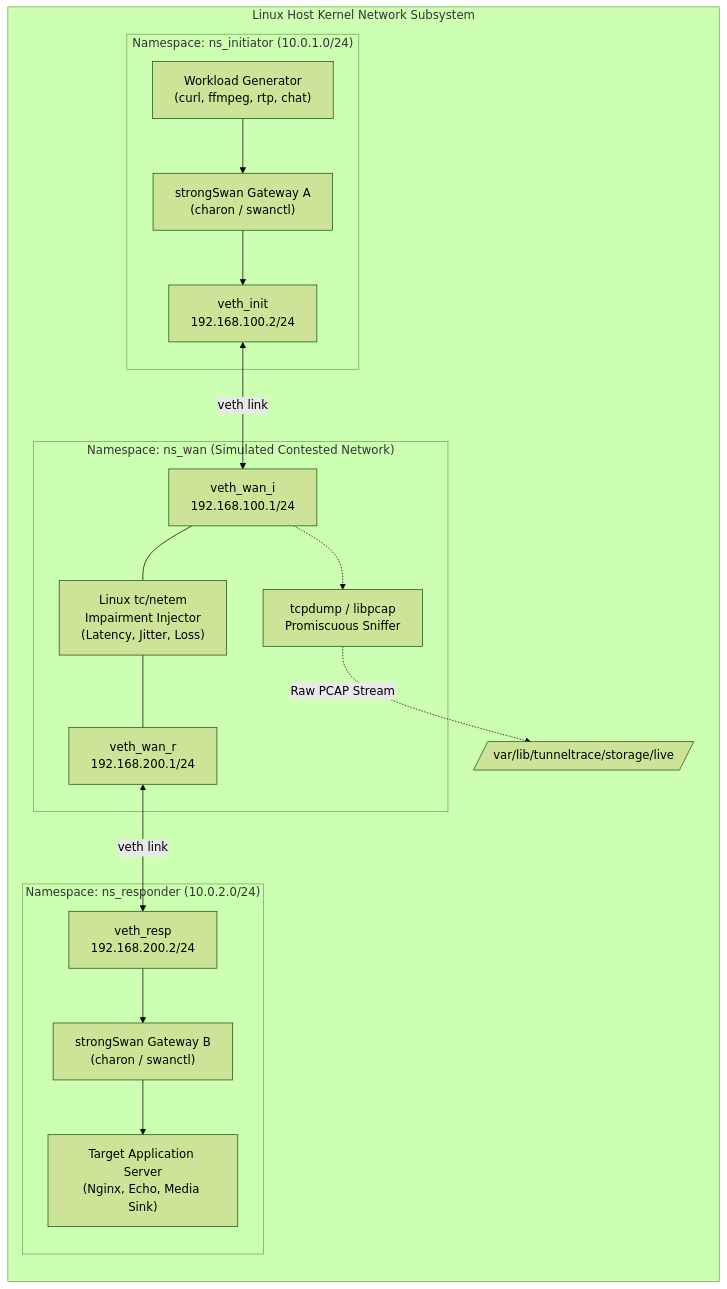
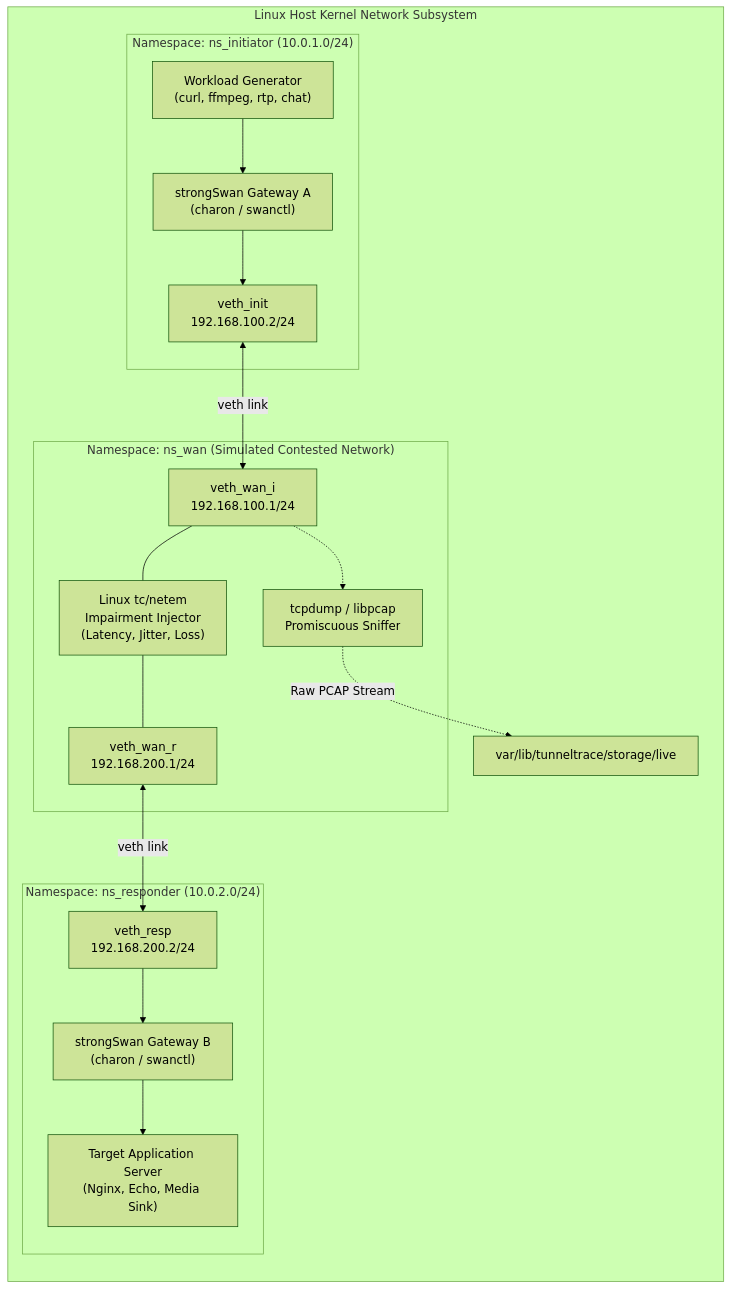
One commit to sharancode3/TunnelTrace-AI changed the fifth of 20 diagrams in docs/architecture/SYSTEM_ARCHITECTURE.md. Above: the diagram before and after it, drawn with Mermaid (forest theme). The commit also changed other lines of this file and 14 other files, not shown here.

Commit message:
fix(docs): standardize all Mermaid diagram syntax for GitHub rendering

````diff
--- a/docs/architecture/SYSTEM_ARCHITECTURE.md
+++ b/docs/architecture/SYSTEM_ARCHITECTURE.md
@@ -432,36 +442,38 @@
 ```mermaid
+
 graph LR
-    subgraph "Linux Host Kernel Network Subsystem"
-        subgraph "Namespace: ns_initiator (10.0.1.0/24)"
-            INIT_APP["Workload Generator<br>(curl, ffmpeg, rtp, chat)"]
-            INIT_SWAN["strongSwan Gateway A<br>(charon / swanctl)"]
-            INIT_VETH["veth_init<br>192.168.100.2/24"]
+    subgraph Linux_Host_Kernel_Network_Subsystem ["Linux Host Kernel Network Subsystem"]
+        subgraph Namespace__ns_initiator__10_0_1_0_24 ["Namespace: ns_initiator (10.0.1.0/24)"]
+            INIT_APP["Workload Generator<br/>(curl, ffmpeg, rtp, chat)"]
+            INIT_SWAN["strongSwan Gateway A<br/>(charon / swanctl)"]
+            INIT_VETH["veth_init<br/>192.168.100.2/24"]
             INIT_APP --> INIT_SWAN
             INIT_SWAN --> INIT_VETH
         end
 
-        subgraph "Namespace: ns_wan (Simulated Contested Network)"
-            WAN_IN["veth_wan_i<br>192.168.100.1/24"]
-            NETEM["Linux tc/netem<br>Impairment Injector<br>(Latency, Jitter, Loss)"]
-            SNIFF["tcpdump / libpcap<br>Promiscuous Sniffer"]
-            WAN_RESP["veth_wan_r<br>192.168.200.1/24"]
+        subgraph Namespace__ns_wan__Simulated_Contested_Network ["Namespace: ns_wan (Simulated Contested Network)"]
+            WAN_IN["veth_wan_i<br/>192.168.100.1/24"]
+            NETEM["Linux tc/netem<br/>Impairment Injector<br/>(Latency, Jitter, Loss)"]
+            SNIFF["tcpdump / libpcap<br/>Promiscuous Sniffer"]
+            WAN_RESP["veth_wan_r<br/>192.168.200.1/24"]
             
             WAN_IN --- NETEM
             NETEM --- WAN_RESP
             WAN_IN -.-> SNIFF
         end
 
-        subgraph "Namespace: ns_responder (10.0.2.0/24)"
-            RESP_VETH["veth_resp<br>192.168.200.2/24"]
-            RESP_SWAN["strongSwan Gateway B<br>(charon / swanctl)"]
-            RESP_SRV["Target Application Server<br>(Nginx, Echo, Media Sink)"]
+        subgraph Namespace__ns_responder__10_0_2_0_24 ["Namespace: ns_responder (10.0.2.0/24)"]
+            RESP_VETH["veth_resp<br/>192.168.200.2/24"]
+            RESP_SWAN["strongSwan Gateway B<br/>(charon / swanctl)"]
+            RESP_SRV["Target Application Server<br/>(Nginx, Echo, Media Sink)"]
             
             RESP_VETH --> RESP_SWAN
             RESP_SWAN --> RESP_SRV
         end
 
-        INIT_VETH <-->|veth link| WAN_IN
-        WAN_RESP <-->|veth link| RESP_VETH
-        SNIFF -.->|Raw PCAP Stream| OUT_VOL[/var/lib/tunneltrace/storage/live/]
+        INIT_VETH <-->|"veth link"| WAN_IN
+        WAN_RESP <-->|"veth link"| RESP_VETH
+        SNIFF -.->|"Raw PCAP Stream"| OUT_VOL["var/lib/tunneltrace/storage/live"]
     end
+
 ```
````
